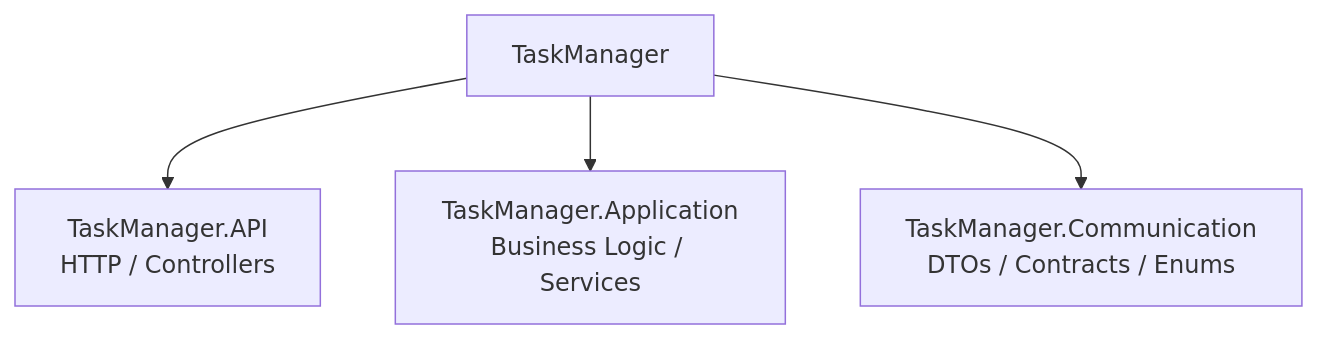
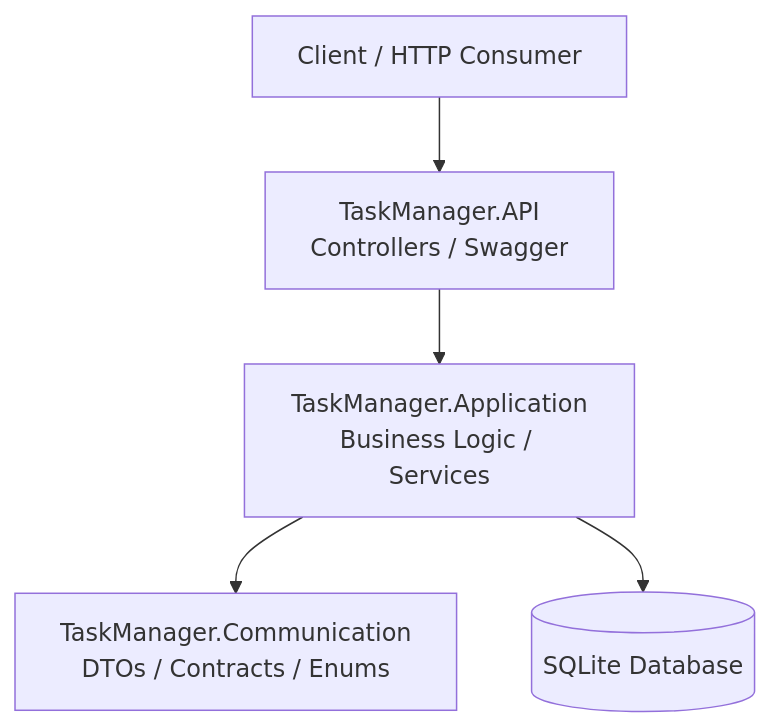
The diagram in README.md (Jurfest/task-manager-api), drawn with Mermaid before and after one commit.

Commit message:
Update TaskManager flowchart in README.md

````diff
--- a/README.md
+++ b/README.md
@@ -24,6 +24,11 @@
 ```mermaid
 flowchart TD
-    TaskManager --> API[TaskManager.API<br/>HTTP / Controllers]
-    TaskManager --> App[TaskManager.Application<br/>Business Logic / Services]
-    TaskManager --> Comm[TaskManager.Communication<br/>DTOs / Contracts / Enums]
+
+    Client[Client / HTTP Consumer] --> API[TaskManager.API<br/>Controllers / Swagger]
+
+    API --> App[TaskManager.Application<br/>Business Logic / Services]
+
+    App --> Comm[TaskManager.Communication<br/>DTOs / Contracts / Enums]
+
+    App --> DB[(SQLite Database)]
 ```
````
